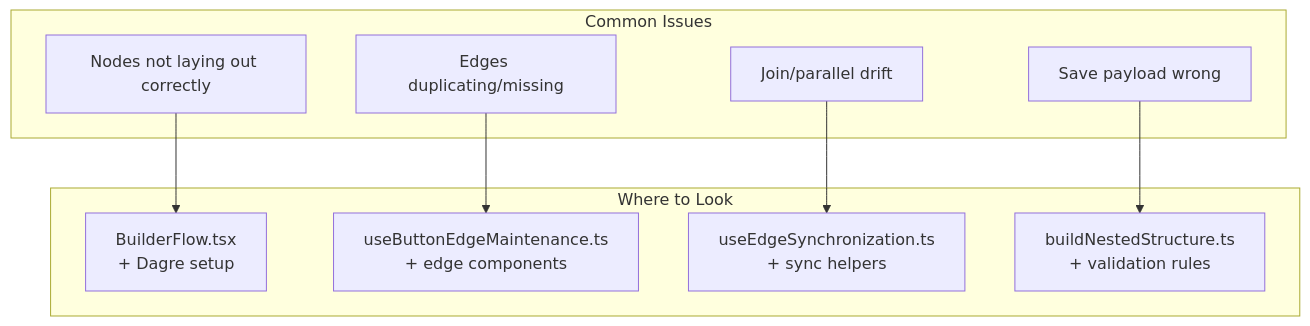
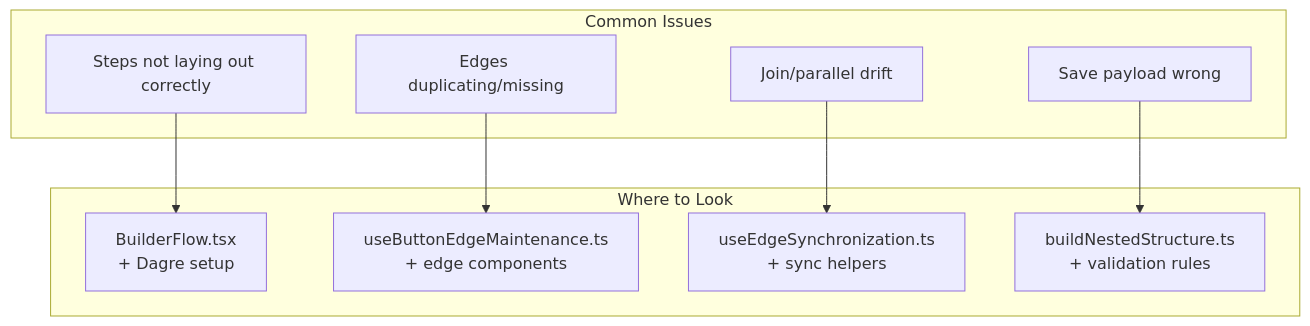
One commit to alinabuzachis/syntara changed diagram 15 of 18 in docs/architecture.md. Above: the diagram before and after it, drawn with Mermaid. The commit also changed other lines of this file and 38 other files, not shown here.

````diff
--- a/docs/architecture.md
+++ b/docs/architecture.md
@@ -939,21 +935,21 @@
 ```mermaid
 flowchart TB
   subgraph Issues["Common Issues"]
-    I1["Nodes not laying out correctly"]
+    I1["Steps not laying out correctly"]
     I2["Edges duplicating/missing"]
     I3["Join/parallel drift"]
     I4["Save payload wrong"]
   end
 
   subgraph Files["Where to Look"]
     F1["BuilderFlow.tsx<br/>+ Dagre setup"]
     F2["useButtonEdgeMaintenance.ts<br/>+ edge components"]
     F3["useEdgeSynchronization.ts<br/>+ sync helpers"]
     F4["buildNestedStructure.ts<br/>+ validation rules"]
   end
 
   I1 --> F1
   I2 --> F2
   I3 --> F3
   I4 --> F4
 ```
````
